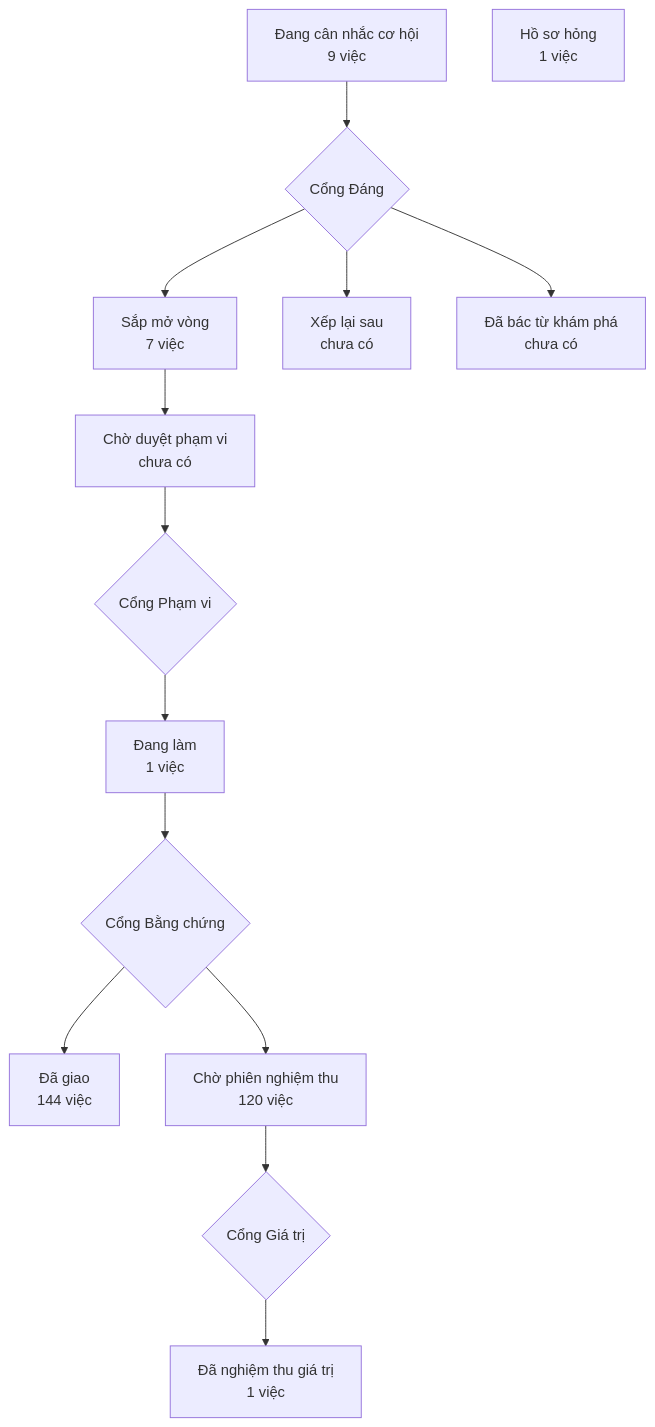
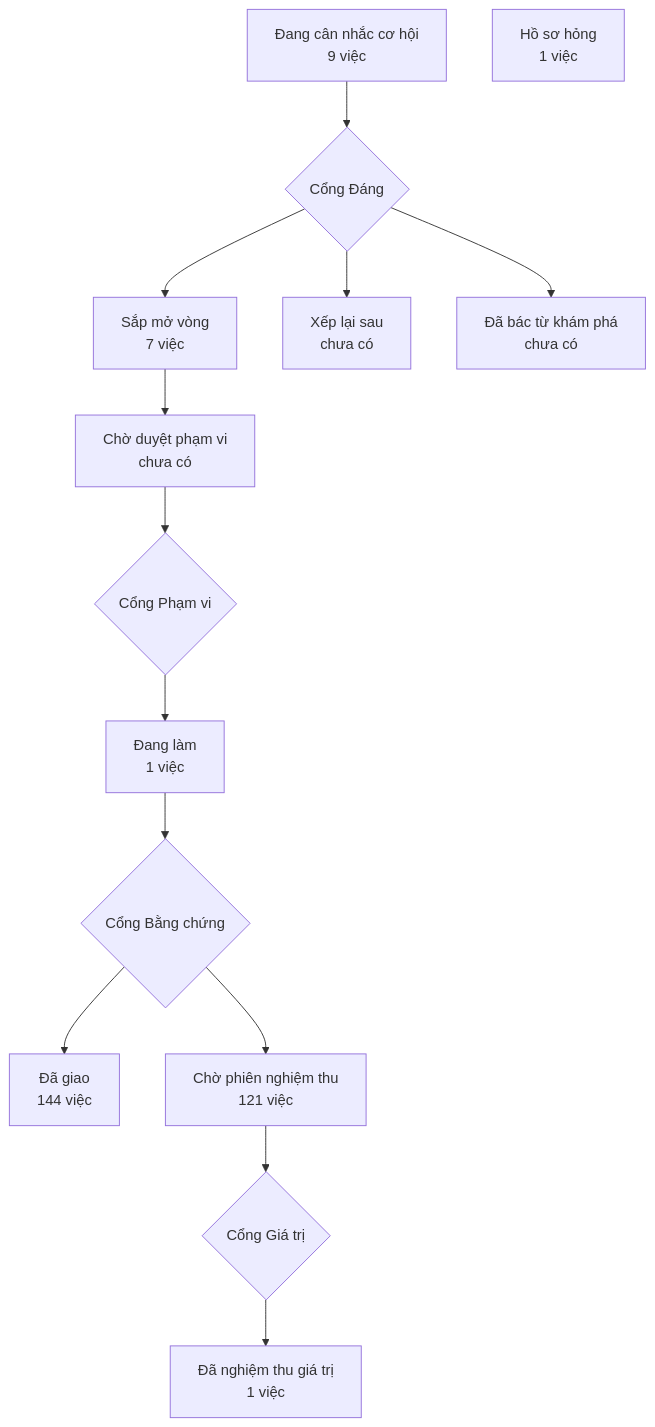
One commit to phanlemanh/crm-onehub changed the diagram in PRODUCT-MAP.md. Above: the diagram before and after it, drawn with Mermaid. The commit also changed 1 other file, not shown here.

Commit message:
chore(khong-re-theo-ten-thanh-luat-kho): vẽ lại bản đồ sau gộp onehub

````diff
--- a/PRODUCT-MAP.md
+++ b/PRODUCT-MAP.md
@@ -7,13 +7,13 @@
 ```mermaid
 flowchart TD
   A["Đang cân nhắc cơ hội<br/>9 việc"] --> GD{"Cổng Đáng"}
   GD --> B["Sắp mở vòng<br/>7 việc"]
   GD --> XL["Xếp lại sau<br/>chưa có"]
   GD --> DB["Đã bác từ khám phá<br/>chưa có"]
   B --> CD["Chờ duyệt phạm vi<br/>chưa có"] --> GP{"Cổng Phạm vi"}
   GP --> DL["Đang làm<br/>1 việc"] --> GB{"Cổng Bằng chứng"}
   GB --> DG["Đã giao<br/>144 việc"]
-  GB --> CN["Chờ phiên nghiệm thu<br/>120 việc"] --> GG{"Cổng Giá trị"}
+  GB --> CN["Chờ phiên nghiệm thu<br/>121 việc"] --> GG{"Cổng Giá trị"}
   GG --> NT["Đã nghiệm thu giá trị<br/>1 việc"]
   HS["Hồ sơ hỏng<br/>1 việc"]
 ```
````
